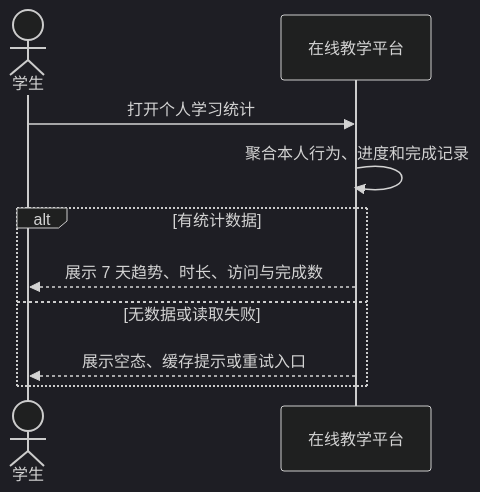
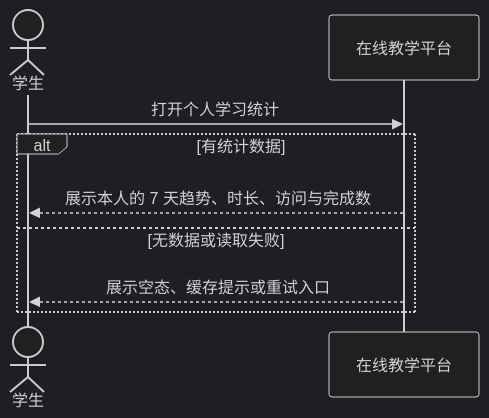
One commit to Cr4zyorange/OnlineJudge changed the diagram in docs/diagrams/lrn/requirements/sc03-statistics.mmd. Above: the diagram before and after it, drawn with Mermaid (dark theme). The commit also changed 8 other files, not shown here.

```diff
--- a/docs/diagrams/lrn/requirements/sc03-statistics.mmd
+++ b/docs/diagrams/lrn/requirements/sc03-statistics.mmd
@@ -1,10 +1,9 @@
 sequenceDiagram
   actor Student as 学生
   participant System as 在线教学平台
   Student->>System: 打开个人学习统计
-  System->>System: 聚合本人行为、进度和完成记录
   alt 有统计数据
-    System-->>Student: 展示 7 天趋势、时长、访问与完成数
+    System-->>Student: 展示本人的 7 天趋势、时长、访问与完成数
   else 无数据或读取失败
     System-->>Student: 展示空态、缓存提示或重试入口
   end
```
